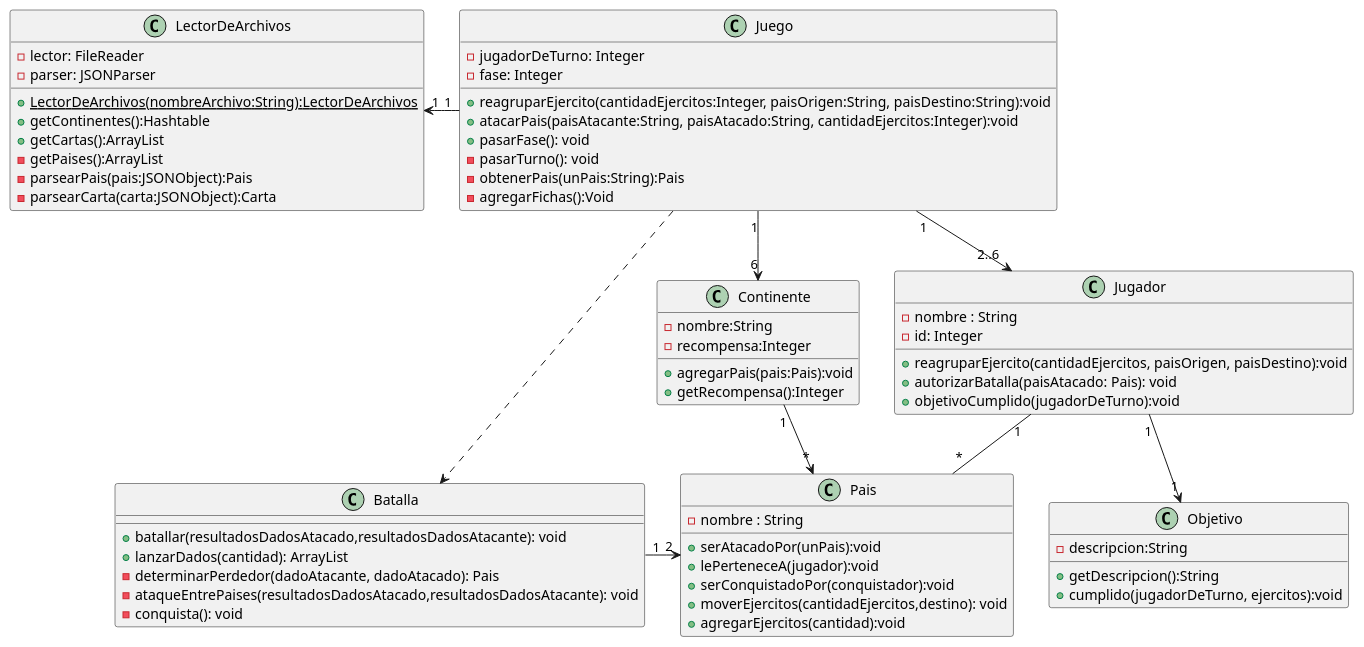
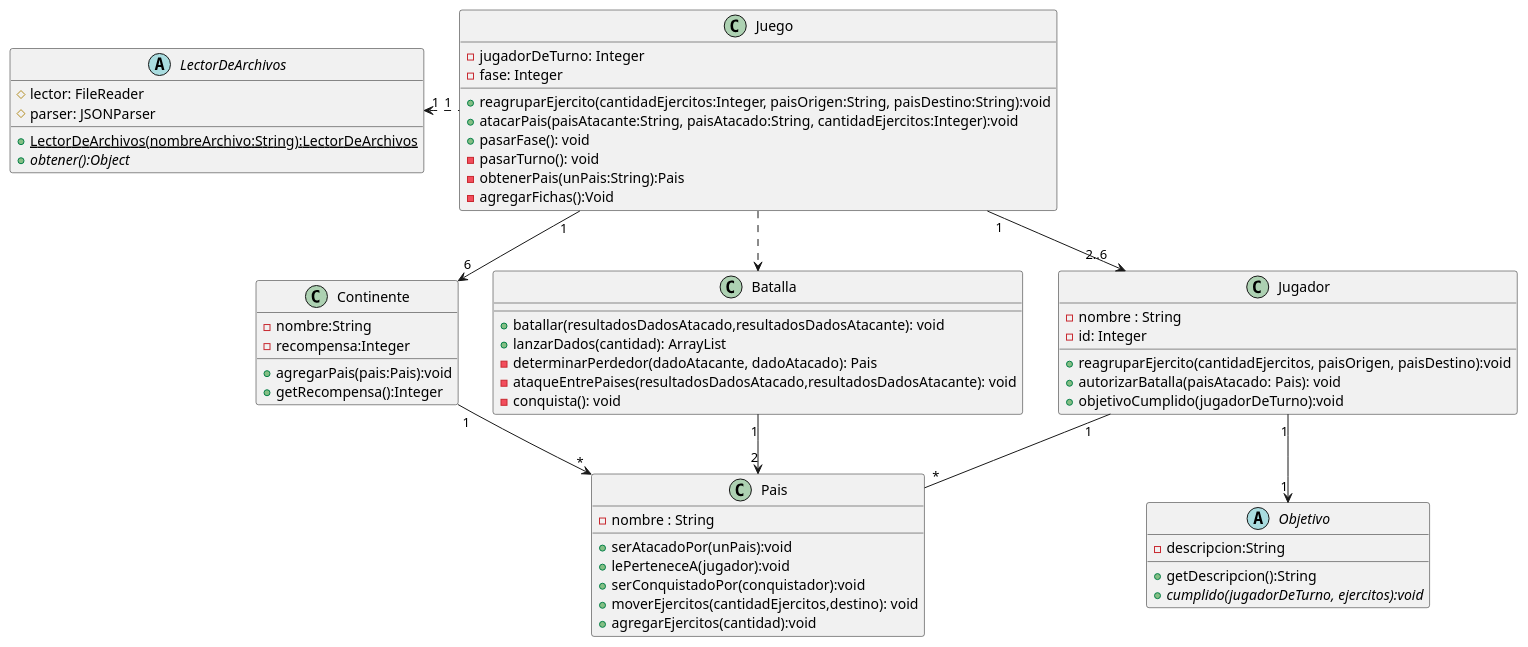
The diagram in docs/diagramasUML/diagramaDeClase.puml (nauee/Algo3-TP2), drawn with PlantUML before and after one commit. The commit also changed 12 other files, not shown here.

```diff
--- a/docs/diagramasUML/diagramaDeClase.puml
+++ b/docs/diagramasUML/diagramaDeClase.puml
@@ -1,79 +1,74 @@
 @startuml diagramaDeClase
 
 class Juego{
     -jugadorDeTurno: Integer
     -fase: Integer
 
     +reagruparEjercito(cantidadEjercitos:Integer, paisOrigen:String, paisDestino:String):void
     +atacarPais(paisAtacante:String, paisAtacado:String, cantidadEjercitos:Integer):void
     +pasarFase(): void
     -pasarTurno(): void
     -obtenerPais(unPais:String):Pais
     -agregarFichas():Void
 }
 
 class Batalla{
 
     +batallar(resultadosDadosAtacado,resultadosDadosAtacante): void
     +lanzarDados(cantidad): ArrayList
     -determinarPerdedor(dadoAtacante, dadoAtacado): Pais
     -ataqueEntrePaises(resultadosDadosAtacado,resultadosDadosAtacante): void
     -conquista(): void
 }
 
 class Pais{
     -nombre : String
 
     +serAtacadoPor(unPais):void
     +lePerteneceA(jugador):void
     +serConquistadoPor(conquistador):void
     +moverEjercitos(cantidadEjercitos,destino): void
     +agregarEjercitos(cantidad):void
 }
 
-class Objetivo{
+abstract class Objetivo{
     -descripcion:String
 
     +getDescripcion():String
-    +cumplido(jugadorDeTurno, ejercitos):void
+    +{abstract}cumplido(jugadorDeTurno, ejercitos):void
 }
 
 class Jugador{
     -nombre : String
     -id: Integer
 
     +reagruparEjercito(cantidadEjercitos, paisOrigen, paisDestino):void
     +autorizarBatalla(paisAtacado: Pais): void
     +objetivoCumplido(jugadorDeTurno):void
 }
 
-class LectorDeArchivos{
-    -lector: FileReader
-    -parser: JSONParser
+abstract class LectorDeArchivos{
+    #lector: FileReader
+    #parser: JSONParser
 
     +{static}LectorDeArchivos(nombreArchivo:String):LectorDeArchivos
-    +getContinentes():Hashtable
-    +getCartas():ArrayList
-    -getPaises():ArrayList
-    -parsearPais(pais:JSONObject):Pais
-    -parsearCarta(carta:JSONObject):Carta
+    +{abstract}obtener():Object
 }
 
 class Continente{
     -nombre:String
     -recompensa:Integer
 
     +agregarPais(pais:Pais):void
     +getRecompensa():Integer
 }
 
 Juego "1"-down->"2..6" Jugador
 Jugador "1"-down-"*" Pais
 Jugador "1"-down->"1" Objetivo
 Juego ..> Batalla
-Batalla "1"-right->"2" Pais
-Juego "1"-left->"1" LectorDeArchivos
+Batalla "1"-->"2" Pais
+Juego "1".left.>"1" LectorDeArchivos
 Juego "1"-right->"6" Continente
 Continente "1"-->"*"Pais
-
 @enduml
```
